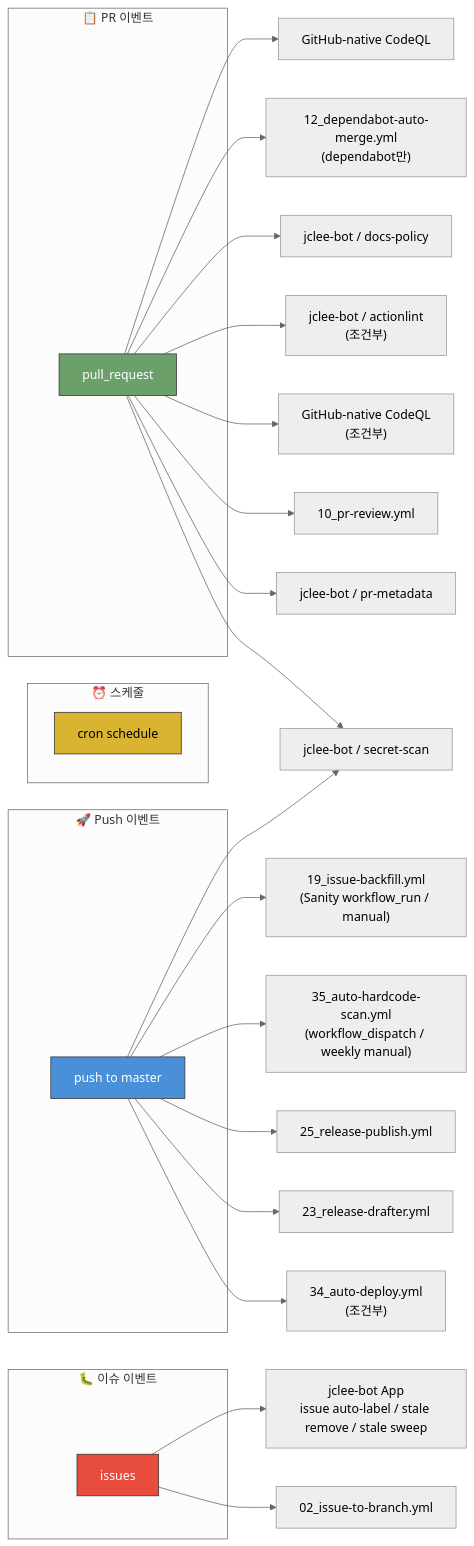
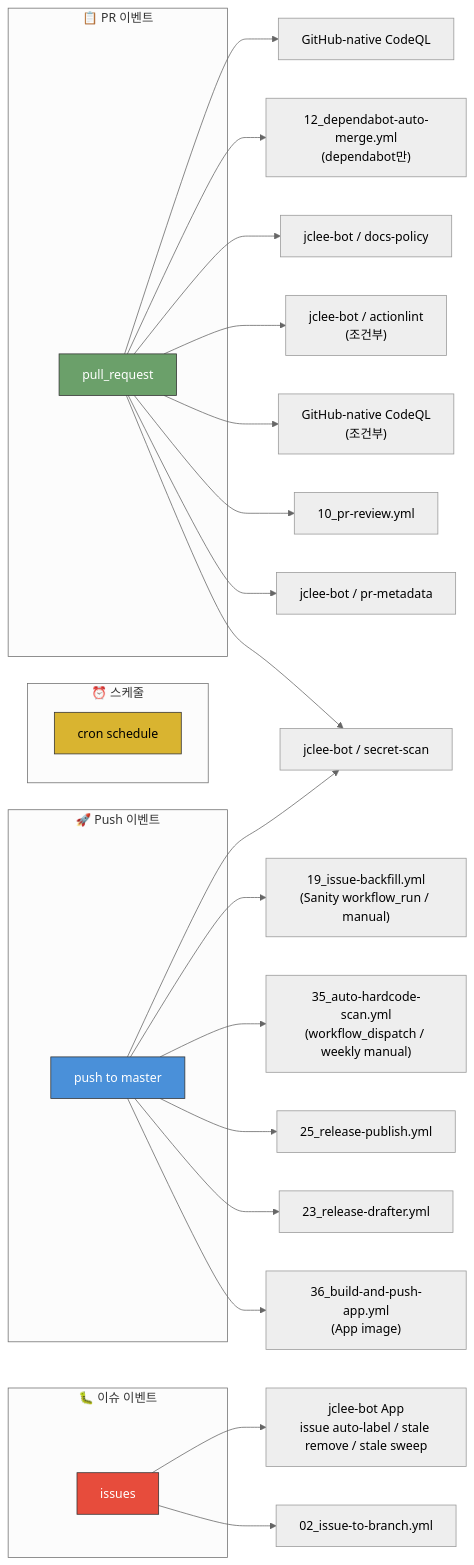
Before and after one commit to jclee941/.github: the seventh of 10 diagrams in docs/architecture.md, drawn with Mermaid (neutral theme). The commit also changed other lines of this file and 13 other files, not shown here.

````diff
--- a/docs/architecture.md
+++ b/docs/architecture.md
@@ -306,43 +287,43 @@
 ```mermaid
 flowchart LR
     subgraph PR_Events["📋 PR 이벤트"]
         PR["pull_request"]
     end
     
     subgraph Push_Events["🚀 Push 이벤트"]
         PUSH["push to master"]
     end
     
     subgraph Schedule_Events["⏰ 스케줄"]
         CRON["cron schedule"]
     end
     
     subgraph Issue_Events["🐛 이슈 이벤트"]
         ISSUE["issues"]
     end
     
     PR --> PR_CHECK["jclee-bot / pr-metadata"]
     PR --> PR_REVIEW["10_pr-review.yml"]
     PR --> GITLEAKS["jclee-bot / secret-scan"]
     PR --> CODEQL["GitHub-native CodeQL<br/>(조건부)"]
     PR --> ACTIONLINT["jclee-bot / actionlint<br/>(조건부)"]
     PR --> DOCS["jclee-bot / docs-policy"]
     PR --> DEPENDABOT["12_dependabot-auto-merge.yml<br/>(dependabot만)"]
     
-    PUSH --> AUTO_DEPLOY["34_auto-deploy.yml<br/>(조건부)"]
+    PUSH --> APP_BUILD["36_build-and-push-app.yml<br/>(App image)"]
     PUSH --> RELEASE_D["23_release-drafter.yml"]
     PUSH --> RELEASE_P["25_release-publish.yml"]
     PUSH --> GITLEAKS
     
     PUSH --> HARDSCAN["35_auto-hardcode-scan.yml<br/>(workflow_dispatch / weekly manual)"]
     PUSH --> ISSUE_BACK["19_issue-backfill.yml<br/>(Sanity workflow_run / manual)"]
     PR --> CODEQL_S["GitHub-native CodeQL"]
     
     ISSUE --> ISSUE_BRANCH["02_issue-to-branch.yml"]
     ISSUE --> ISSUE_MGMT["jclee-bot App<br/>issue auto-label / stale remove / stale sweep"]
     
     style PR fill:#6ba06a,stroke:#333,color:#fff
     style PUSH fill:#4a90d9,stroke:#333,color:#fff
     style CRON fill:#d9b430,stroke:#333,color:#000
     style ISSUE fill:#e74c3c,stroke:#333,color:#fff
 ```
````
